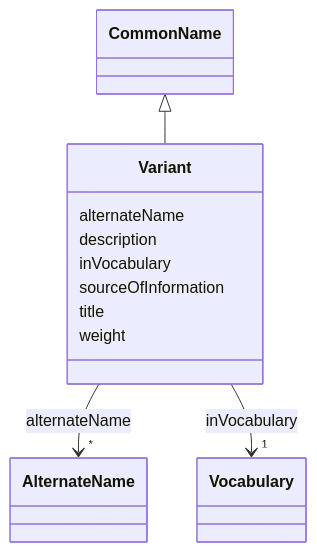
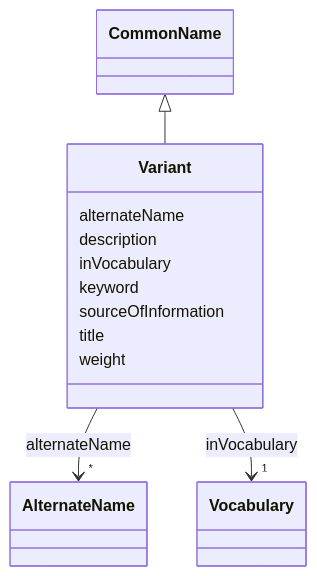
Before and after one commit to EVORA-project/evora-ontology: the diagram in models/docs/Variant.md, drawn with Mermaid. The commit also changed other lines of this file and 402 other files, not shown here.

````diff
--- a/models/docs/Variant.md
+++ b/models/docs/Variant.md
@@ -19,35 +19,37 @@
 ```mermaid
  classDiagram
     class Variant
     click Variant href "../Variant"
       CommonName <|-- Variant
         click CommonName href "../CommonName"
       
       Variant : alternateName
         
           
     
     
     Variant --> "*" AlternateName : alternateName
     click AlternateName href "../AlternateName"
 
         
       Variant : description
         
       Variant : inVocabulary
         
           
     
     
     Variant --> "1" Vocabulary : inVocabulary
     click Vocabulary href "../Vocabulary"
 
         
+      Variant : keyword
+        
       Variant : sourceOfInformation
         
       Variant : title
         
       Variant : weight
         
       
 ```
````
